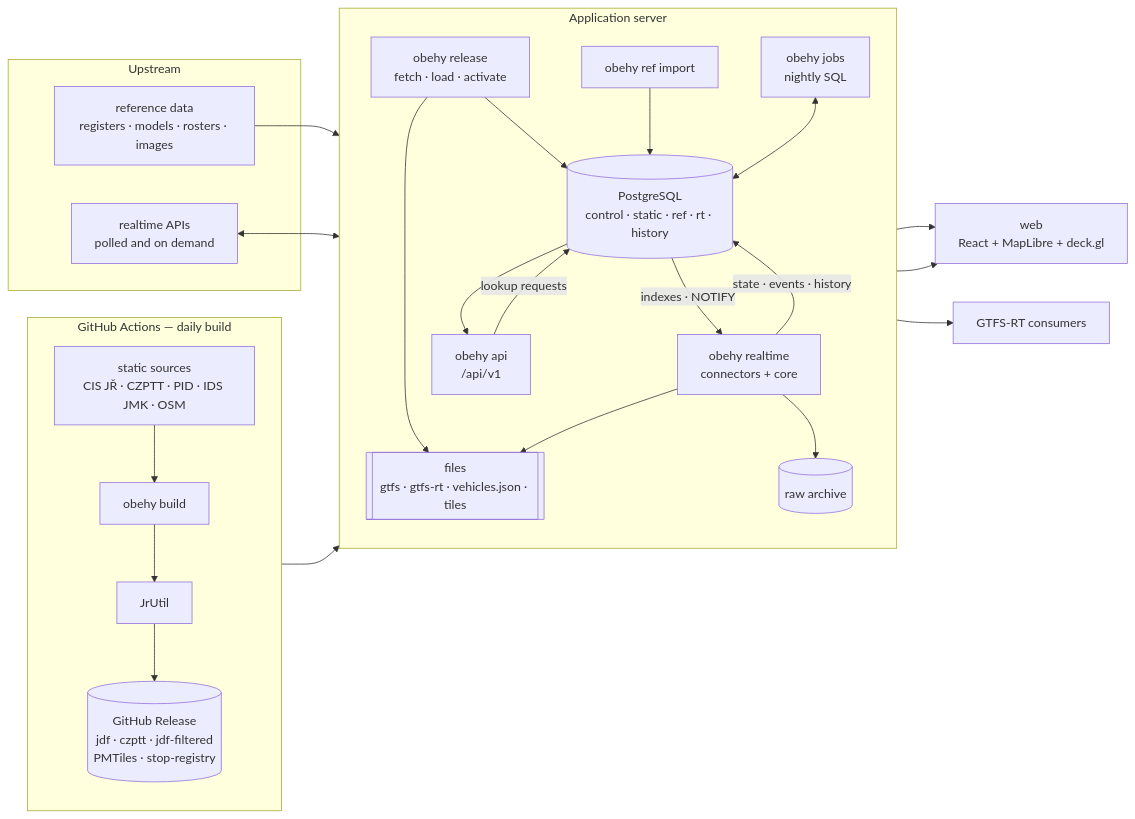
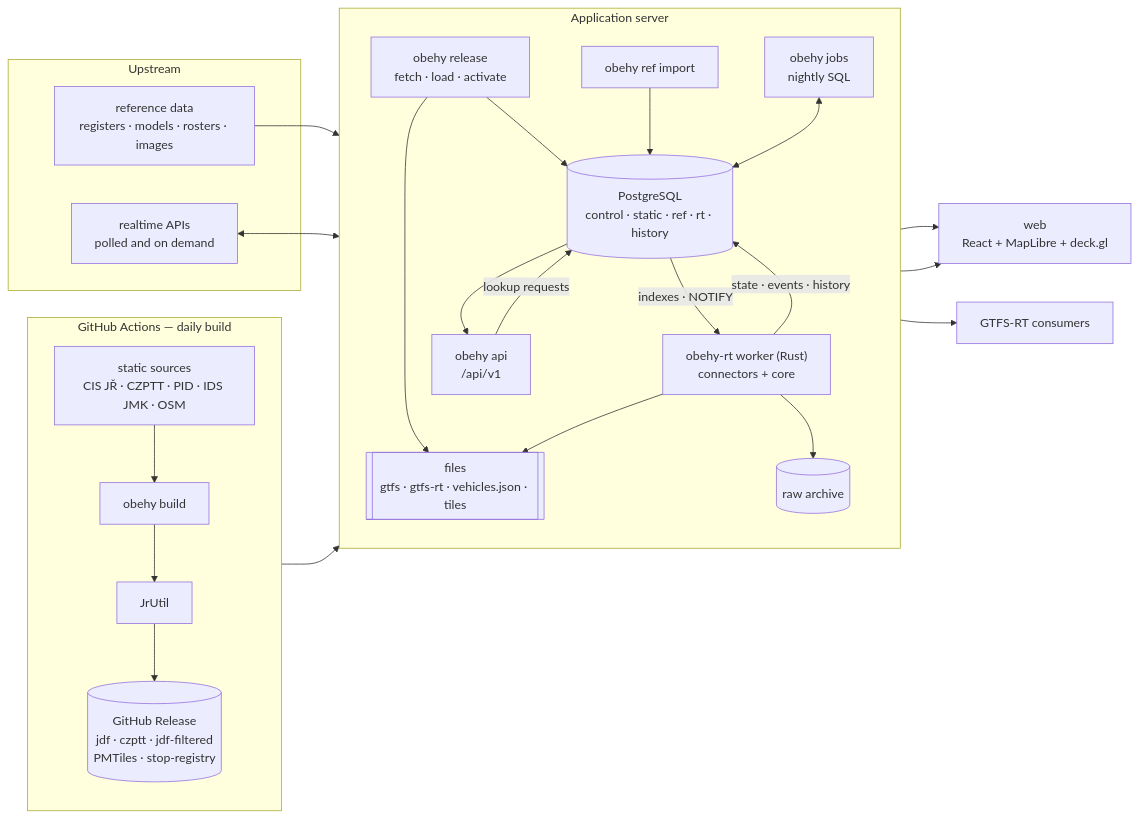
One commit to Sap1k/obehy changed the first of 5 diagrams in ARCHITECTURE.md. Above: the diagram before and after it, drawn with Mermaid. The commit also changed other lines of this file and 593 other files, not shown here.

First line of the commit message:
feat!: the realtime worker is obehy-rt; the Python worker is gone

````diff
--- a/ARCHITECTURE.md
+++ b/ARCHITECTURE.md
@@ -9,41 +9,41 @@
 ```mermaid
 flowchart LR
   subgraph GHA["GitHub Actions — daily build"]
     direction TB
     srcS["static sources<br/>CIS JŘ · CZPTT · PID · IDS JMK · OSM"] --> build["obehy build"]
     build --> jrutil["JrUtil"]
     jrutil --> relpub[("GitHub Release<br/>jdf · czptt · jdf-filtered<br/>PMTiles · stop-registry")]
   end
   subgraph UP["Upstream"]
     rtapi["realtime APIs<br/>polled and on demand"]
     refsrc["reference data<br/>registers · models · rosters · images"]
   end
   subgraph SRV["Application server"]
     direction TB
     rel["obehy release<br/>fetch · load · activate"]
     refimp["obehy ref import"]
-    worker["obehy realtime<br/>connectors + core"]
+    worker["obehy-rt worker (Rust)<br/>connectors + core"]
     jobs["obehy jobs<br/>nightly SQL"]
     api["obehy api<br/>/api/v1"]
     files[["files<br/>gtfs · gtfs-rt · vehicles.json · tiles"]]
     raw[("raw archive")]
     pg[("PostgreSQL<br/>control · static · ref · rt · history")]
   end
   web["web<br/>React + MapLibre + deck.gl"]
   ext["GTFS-RT consumers"]
 
   relpub --> rel --> pg
   rel --> files
   refsrc --> refimp --> pg
   rtapi <--> worker
   worker --> raw
   pg -->|indexes · NOTIFY| worker
   worker -->|state · events · history| pg
   worker --> files
   api -->|lookup requests| pg
   jobs <--> pg
   pg --> api
   api --> web
   files --> web
   files --> ext
 ```
````
